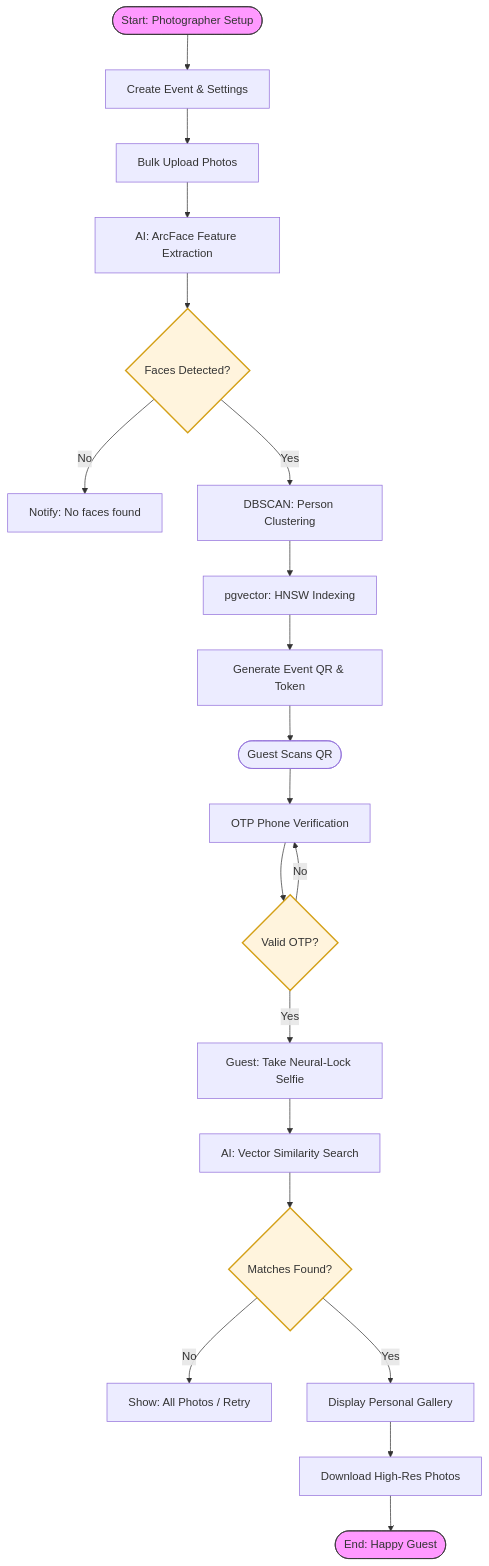
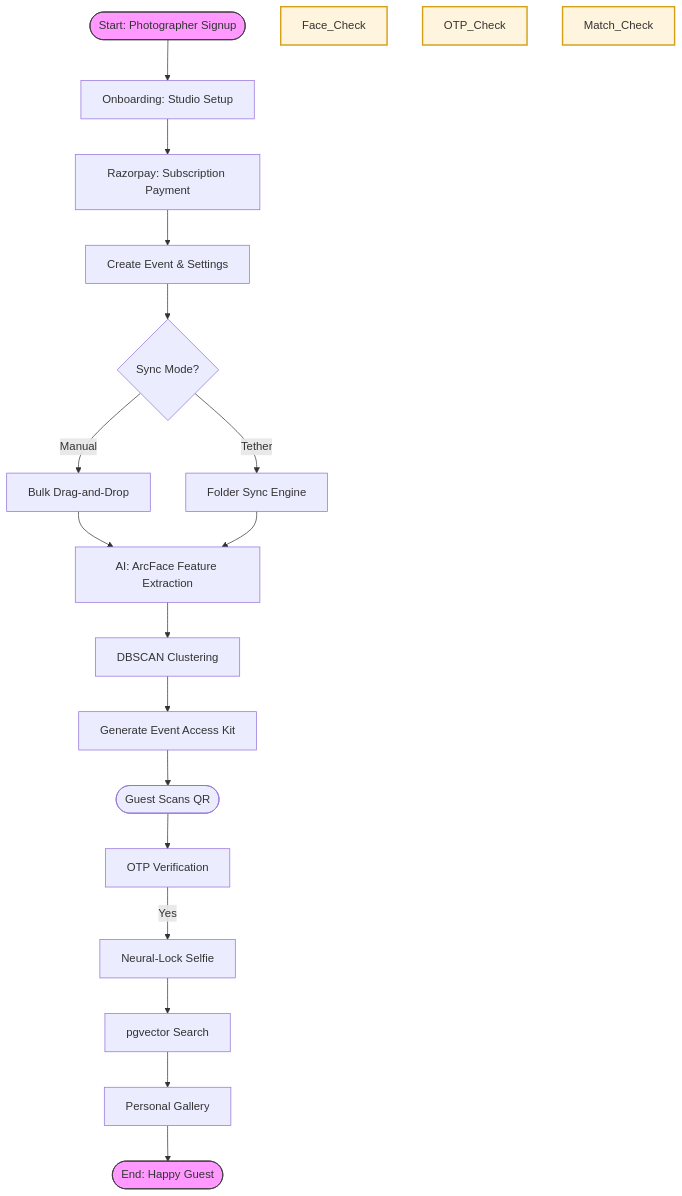
The fifth of 6 diagrams in README.md (JoelJose212/SnapMoment), drawn with Mermaid before and after one commit. The commit also changed other lines of this file, not shown here.

Commit message:
docs: update README with new architecture and features

````diff
--- a/README.md
+++ b/README.md
@@ -261,35 +257,32 @@
 ```mermaid
 flowchart TD
-    Start([Start: Photographer Setup]) --> Create[Create Event & Settings]
-    Create --> Upload[Bulk Upload Photos]
+    Start([Start: Photographer Signup]) --> Onboard[Onboarding: Studio Setup]
+    Onboard --> Pay[Razorpay: Subscription Payment]
+    Pay --> Create[Create Event & Settings]
+    Create --> RAW{Sync Mode?}
+    RAW -- Manual --> Upload[Bulk Drag-and-Drop]
+    RAW -- Tether --> Folder[Folder Sync Engine]
+    
     Upload --> AI_Proc[AI: ArcFace Feature Extraction]
+    Folder --> AI_Proc
     
-    AI_Proc --> Face_Check{Faces Detected?}
-    Face_Check -- No --> Warn[Notify: No faces found]
-    Face_Check -- Yes --> Cluster[DBSCAN: Person Clustering]
-    
-    Cluster --> Index[pgvector: HNSW Indexing]
-    Index --> QR[Generate Event QR & Token]
+    AI_Proc --> Cluster[DBSCAN Clustering]
+    Cluster --> QR[Generate Event Access Kit]
     
     QR --> Guest_Entry([Guest Scans QR])
-    Guest_Entry --> OTP[OTP Phone Verification]
+    Guest_Entry --> OTP[OTP Verification]
+    OTP -- Yes --> Selfie[Neural-Lock Selfie]
     
-    OTP --> OTP_Check{Valid OTP?}
-    OTP_Check -- No --> OTP
-    OTP_Check -- Yes --> Selfie[Guest: Take Neural-Lock Selfie]
-    
-    Selfie --> Match[AI: Vector Similarity Search]
-    
-    Match --> Match_Check{Matches Found?}
-    Match_Check -- No --> Suggest[Show: All Photos / Retry]
-    Match_Check -- Yes --> Gallery[Display Personal Gallery]
-    
-    Gallery --> DL[Download High-Res Photos]
-    DL --> End([End: Happy Guest])
+    Selfie --> Match[pgvector Search]
+    Match --> Gallery[Personal Gallery]
+    Gallery --> End([End: Happy Guest])
+
+    style Start fill:#f9f,stroke:#333
+    style End fill:#f9f,stroke:#333
 
     style Start fill:#f9f,stroke:#333
     style End fill:#f9f,stroke:#333
     style Face_Check fill:#fff4dd,stroke:#d4a017,stroke-width:2px
     style OTP_Check fill:#fff4dd,stroke:#d4a017,stroke-width:2px
     style Match_Check fill:#fff4dd,stroke:#d4a017,stroke-width:2px
 ```
````
